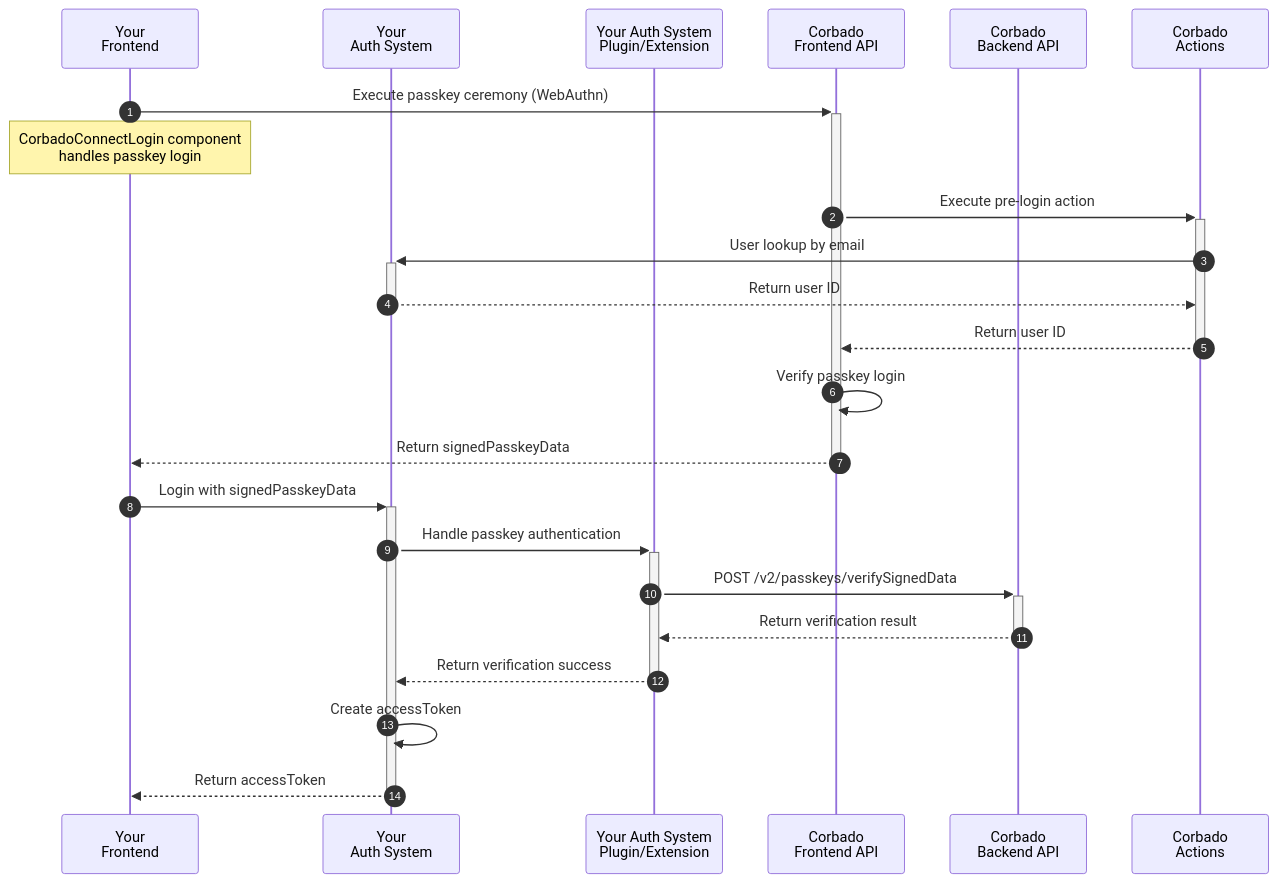
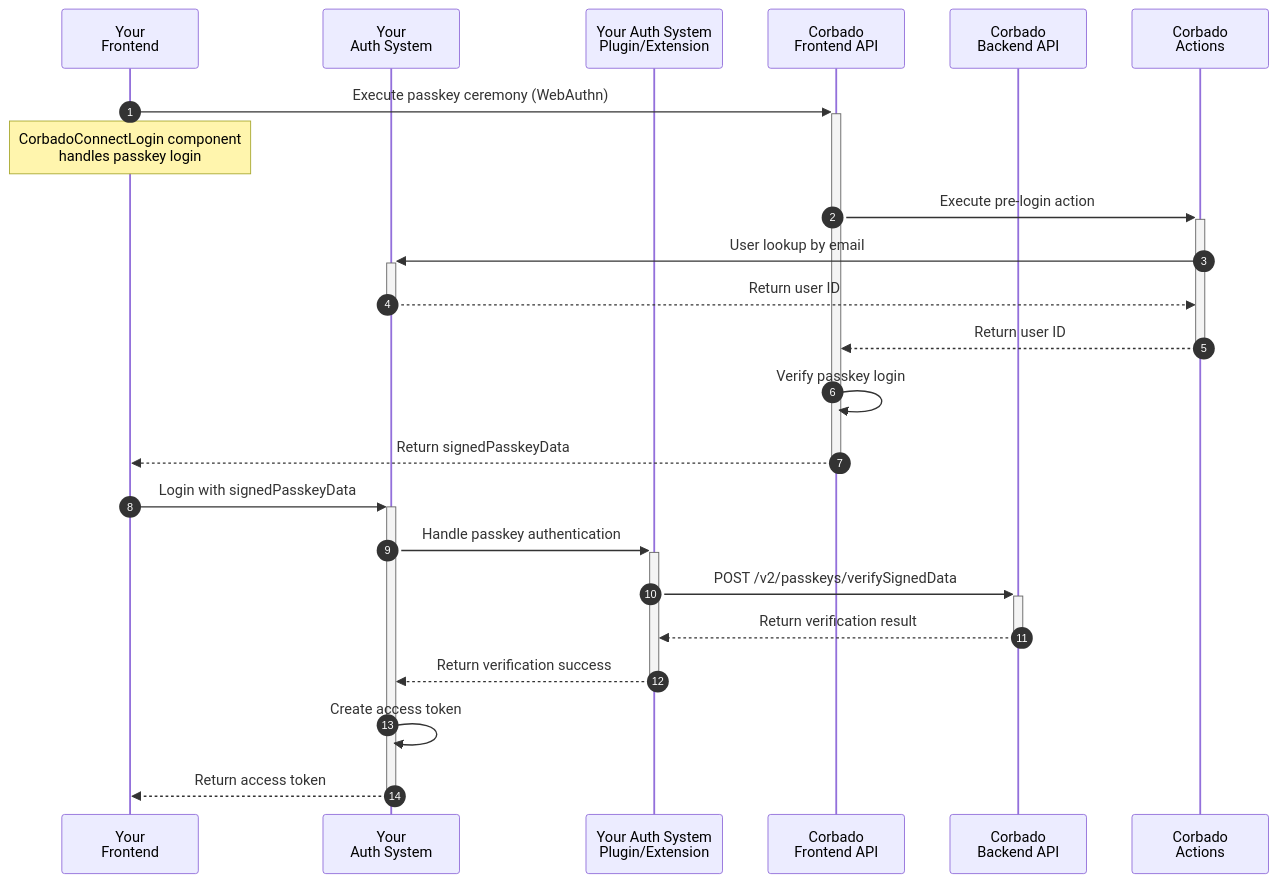
One commit to corbadotech/docs changed the second of 4 diagrams in corbado-connect/integration/generic/web.mdx. Above: the diagram before and after it, drawn with Mermaid. The commit also changed other lines of this file and 2 other files, not shown here.

Commit message:
Rename access token to access token

````diff
--- a/corbado-connect/integration/generic/web.mdx
+++ b/corbado-connect/integration/generic/web.mdx
@@ -257,27 +257,27 @@
 ```mermaid
 sequenceDiagram
     autonumber
     participant Frontend as Your<br/>Frontend
     participant IdP as Your<br/>Auth System
     participant Plugin as Your Auth System<br/>Plugin/Extension
     participant FAPI as Corbado<br/>Frontend API
     participant BAPI as Corbado<br/>Backend API
     participant Actions as Corbado<br/>Actions
 
     Frontend->>+FAPI: Execute passkey ceremony (WebAuthn)
     Note over Frontend: CorbadoConnectLogin component<br/>handles passkey login
     FAPI->>+Actions: Execute pre-login action
     Actions->>+IdP: User lookup by email
     IdP-->>-Actions: Return user ID
     Actions-->>-FAPI: Return user ID
     FAPI->>FAPI: Verify passkey login
     FAPI-->>-Frontend: Return signedPasskeyData
 
     Frontend->>+IdP: Login with signedPasskeyData
     IdP->>+Plugin: Handle passkey authentication
     Plugin->>+BAPI: POST /v2/passkeys/verifySignedData
     BAPI-->>-Plugin: Return verification result
     Plugin-->>-IdP: Return verification success
-    IdP->>IdP: Create accessToken
-    IdP-->>-Frontend: Return accessToken
+    IdP->>IdP: Create access token
+    IdP-->>-Frontend: Return access token
 ```
````
